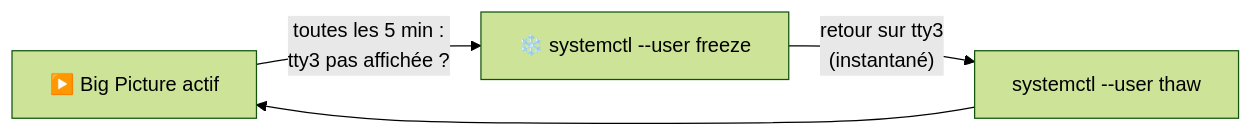
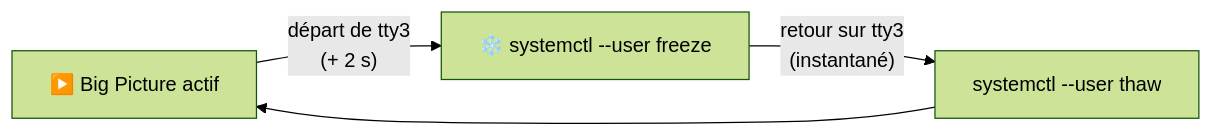
Before and after one commit to nattyebola/home-server-services: the second of 2 diagrams in steam-tv/README.md, drawn with Mermaid (forest theme). The commit also changed other lines of this file and 1 other file, not shown here.

First line of the commit message:
feat(steam-tv): gel dès la bascule de console, plus toutes les 5 min

````diff
--- a/steam-tv/README.md
+++ b/steam-tv/README.md
@@ -105,5 +105,5 @@
 ```mermaid
 flowchart LR
-    run["▶️ Big Picture actif"] -->|"toutes les 5 min :<br/>tty3 pas affichée ?"| frz["❄️ systemctl --user freeze"]
+    run["▶️ Big Picture actif"] -->|"départ de tty3<br/>(+ 2 s)"| frz["❄️ systemctl --user freeze"]
     frz -->|"retour sur tty3<br/>(instantané)"| thaw["systemctl --user thaw"] --> run
 ```
````
